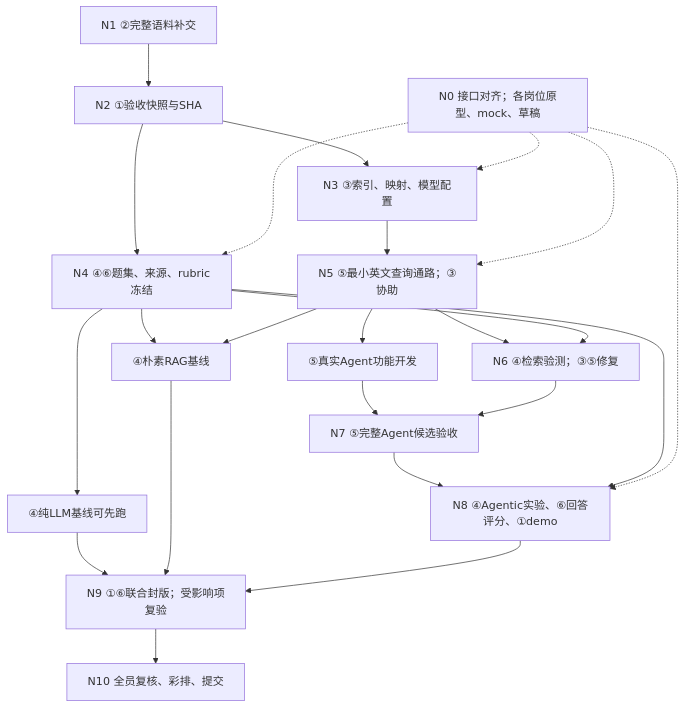
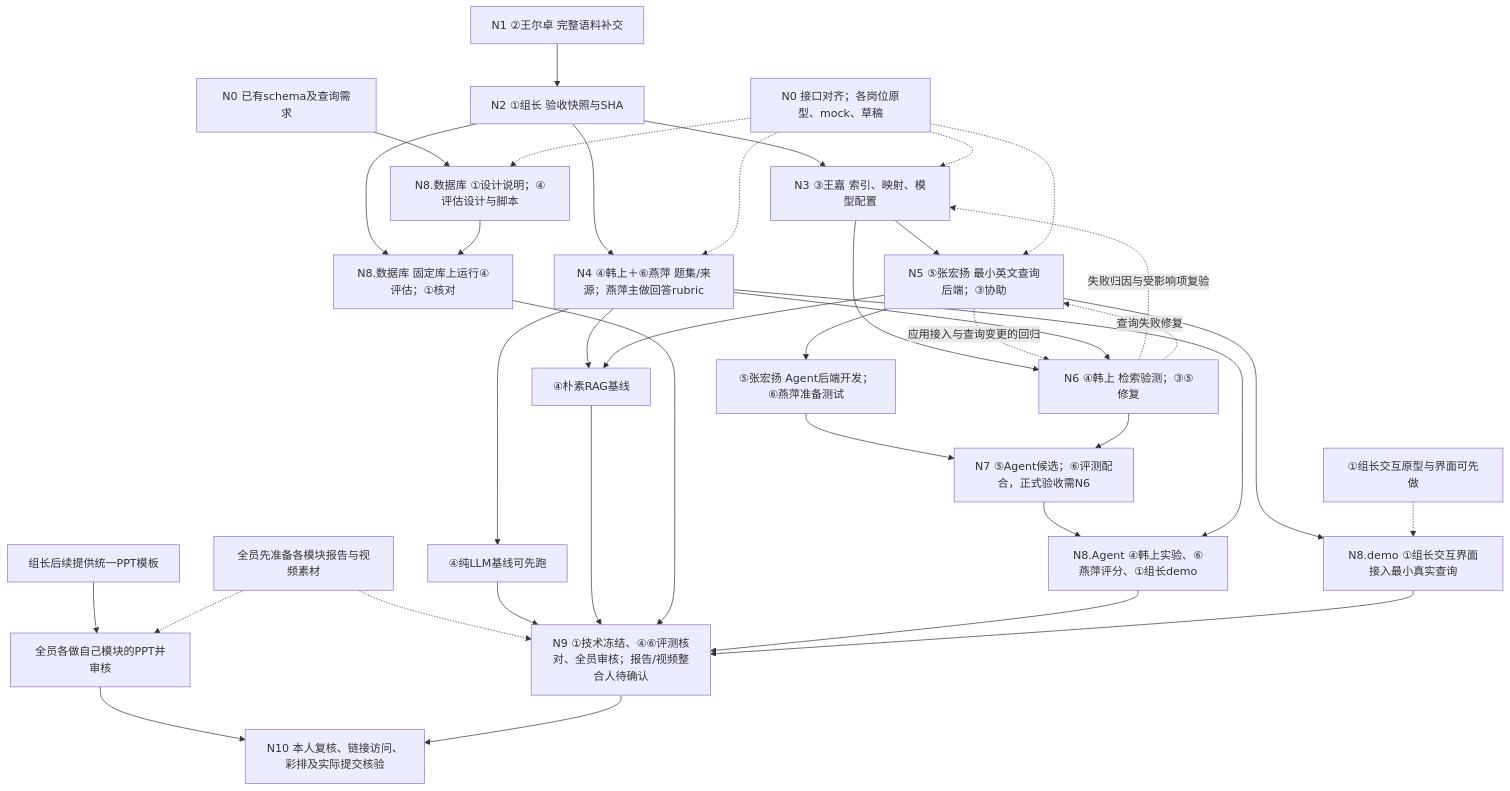
One commit to zhewangguaiguaide/5003 changed the diagram in docs/协作与需求节点.md. Above: the diagram before and after it, drawn with Mermaid. The commit also changed other lines of this file and 7 other files, not shown here.

````diff
--- a/docs/协作与需求节点.md
+++ b/docs/协作与需求节点.md
@@ -9,25 +38,39 @@
 ```mermaid
 flowchart TD
-    N1["N1 ②完整语料补交"] --> N2["N2 ①验收快照与SHA"]
-    N2 --> N3["N3 ③索引、映射、模型配置"]
-    N2 --> N4["N4 ④⑥题集、来源、rubric冻结"]
-    N3 --> N5["N5 ⑤最小英文查询通路；③协助"]
-    N5 --> N6["N6 ④检索验测；③⑤修复"]
+    N1["N1 ②王尔卓 完整语料补交"] --> N2["N2 ①组长 验收快照与SHA"]
+    N2 --> N3["N3 ③王嘉 索引、映射、模型配置"]
+    N2 --> N4["N4 ④韩上＋⑥燕萍 题集/来源；燕萍主做回答rubric"]
+    N3 --> N5["N5 ⑤张宏扬 最小英文查询后端；③协助"]
+    N3 --> N6["N6 ④韩上 检索验测；③⑤修复"]
+    N5 -. 应用接入与查询变更的回归 .-> N6
     N4 --> N6
-    N5 --> G["⑤真实Agent功能开发"]
-    G --> N7["N7 ⑤完整Agent候选验收"]
+    N5 --> G["⑤张宏扬 Agent后端开发；⑥燕萍准备测试"]
+    G --> N7["N7 ⑤Agent候选；⑥评测配合，正式验收需N6"]
     N6 --> N7
     N4 --> L["④纯LLM基线可先跑"]
     N4 --> R["④朴素RAG基线"]
     N5 --> R
-    N7 --> N8["N8 ④Agentic实验、⑥回答评分、①demo"]
-    N4 --> N8
-    L --> N9["N9 ①⑥联合封版；受影响项复验"]
+    N6 -. 失败归因与受影响项复验 .-> N3
+    N6 -. 查询失败修复 .-> N5
+    N0D["N0 已有schema及查询需求"] --> N8D["N8.数据库 ①设计说明；④评估设计与脚本"]
+    N2 --> N8DB["N8.数据库 固定库上运行④评估；①核对"]
+    N8D --> N8DB
+    N7 --> N8A["N8.Agent ④韩上实验、⑥燕萍评分、①组长demo"]
+    N4 --> N8A
+    N5 --> N8M["N8.demo ①组长交互界面接入最小真实查询"]
+    UI["①组长交互原型与界面可先做"] -.-> N8M
+    MAT["全员先准备各模块报告与视频素材"] -.-> N9
+    PPT0["组长后续提供统一PPT模板"] --> PPT1["全员各做自己模块的PPT并审核"]
+    MAT -.-> PPT1
+    PPT1 --> N10
+    L --> N9["N9 ①技术冻结、④⑥评测核对、全员审核；报告/视频整合人待确认"]
     R --> N9
-    N8 --> N9
-    N9 --> N10["N10 全员复核、彩排、提交"]
+    N8DB --> N9
+    N8A --> N9
+    N8M --> N9
+    N9 --> N10["N10 本人复核、链接访问、彩排及实际提交核验"]
     P["N0 接口对齐；各岗位原型、mock、草稿"] -.-> N3
     P -.-> N4
     P -.-> N5
-    P -.-> N8
+    P -.-> N8D
 ```
````
